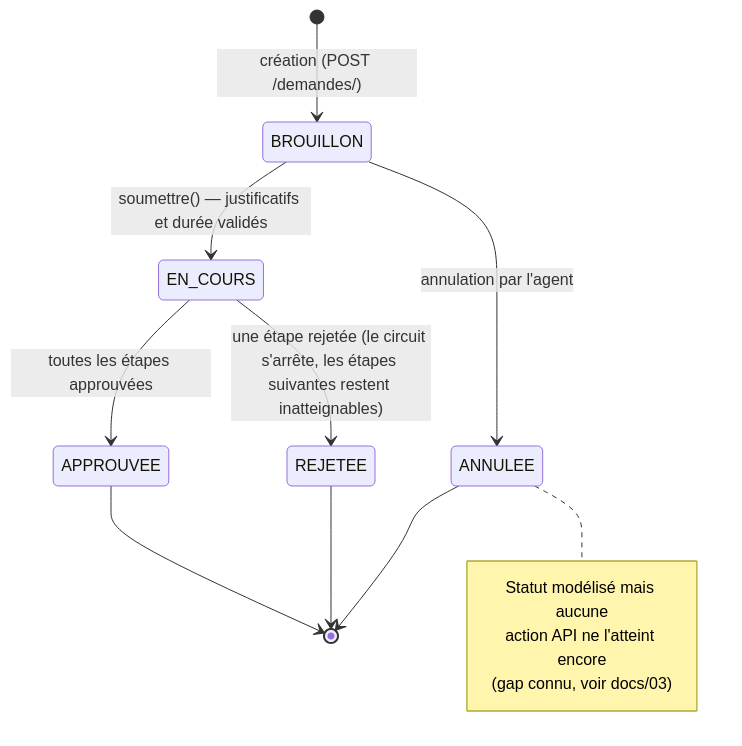
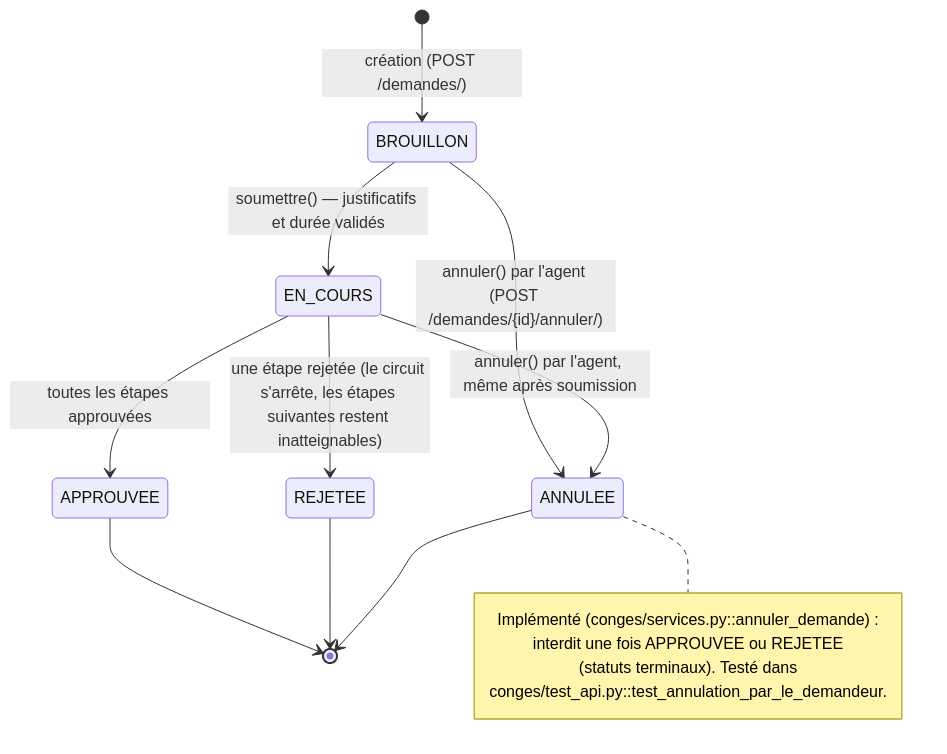
The fourth of 5 diagrams in docs/04-diagrammes-uml.md (Claude20022002/EmployerManage), drawn with Mermaid before and after one commit. The commit also changed other lines of this file and 25 other files, not shown here.

````diff
--- a/docs/04-diagrammes-uml.md
+++ b/docs/04-diagrammes-uml.md
@@ -176,17 +194,19 @@
 ```mermaid
 stateDiagram-v2
     [*] --> BROUILLON : création (POST /demandes/)
     BROUILLON --> EN_COURS : soumettre() — justificatifs et durée validés
     EN_COURS --> APPROUVEE : toutes les étapes approuvées
     EN_COURS --> REJETEE : une étape rejetée (le circuit s'arrête, les étapes suivantes restent inatteignables)
     APPROUVEE --> [*]
     REJETEE --> [*]
 
-    BROUILLON --> ANNULEE : annulation par l'agent
+    BROUILLON --> ANNULEE : annuler() par l'agent (POST /demandes/{id}/annuler/)
+    EN_COURS --> ANNULEE : annuler() par l'agent, même après soumission
     note right of ANNULEE
-        Statut modélisé mais aucune
-        action API ne l'atteint encore
-        (gap connu, voir docs/03)
+        Implémenté (conges/services.py::annuler_demande) :
+        interdit une fois APPROUVEE ou REJETEE
+        (statuts terminaux). Testé dans
+        conges/test_api.py::test_annulation_par_le_demandeur.
     end note
     ANNULEE --> [*]
 ```
````
